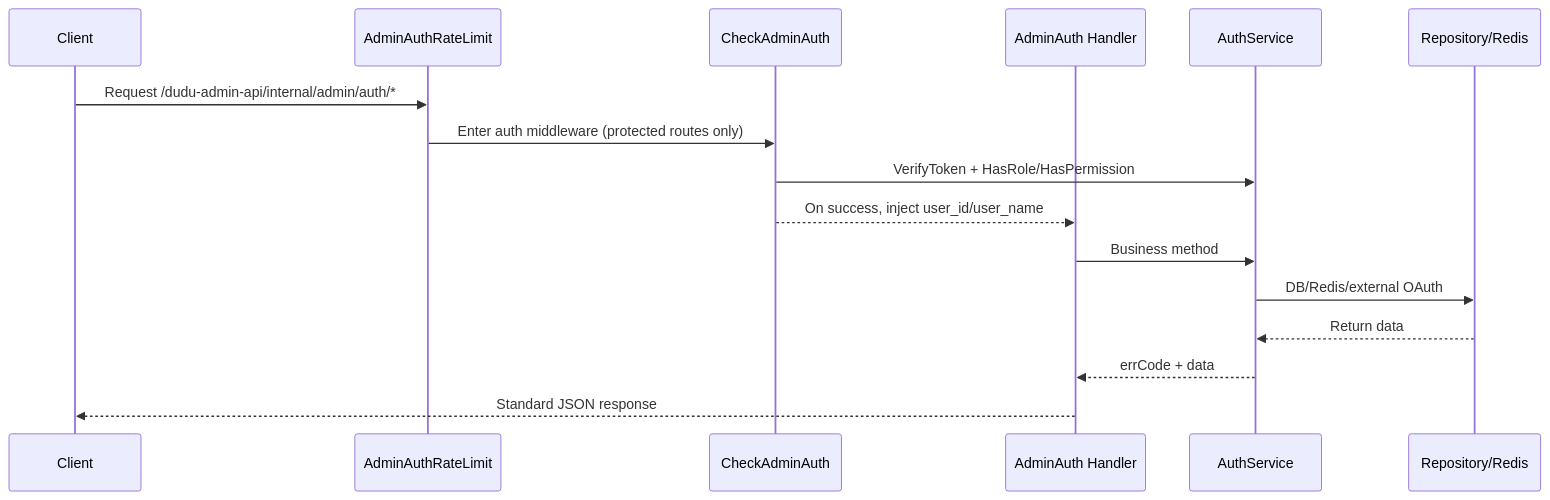
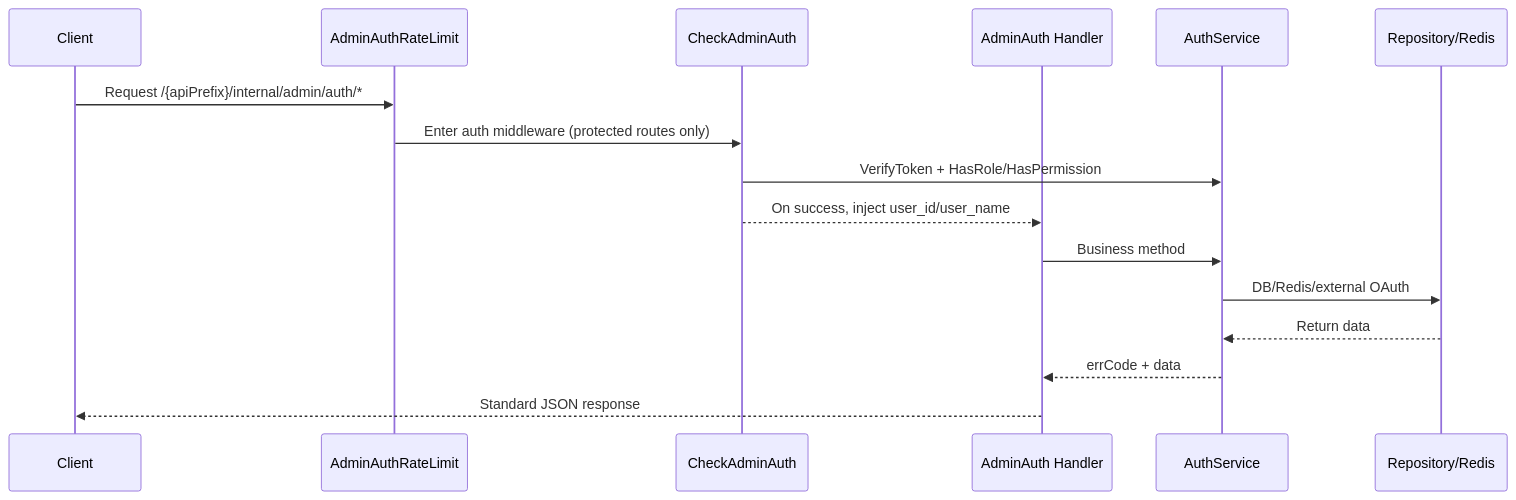
One commit to seakee/dudu-admin-api changed the diagram in docs/Admin-Auth.md. Above: the diagram before and after it, drawn with Mermaid. The commit also changed other lines of this file and 11 other files, not shown here.

````diff
--- a/docs/Admin-Auth.md
+++ b/docs/Admin-Auth.md
@@ -66,19 +68,19 @@
 ```mermaid
 sequenceDiagram
   participant C as Client
   participant RL as AdminAuthRateLimit
   participant MA as CheckAdminAuth
   participant H as AdminAuth Handler
   participant S as AuthService
   participant R as Repository/Redis
 
-  C->>RL: Request /dudu-admin-api/internal/admin/auth/*
+  C->>RL: Request /{apiPrefix}/internal/admin/auth/*
   RL->>MA: Enter auth middleware (protected routes only)
   MA->>S: VerifyToken + HasRole/HasPermission
   MA-->>H: On success, inject user_id/user_name
   H->>S: Business method
   S->>R: DB/Redis/external OAuth
   R-->>S: Return data
   S-->>H: errCode + data
   H-->>C: Standard JSON response
 ```
````
